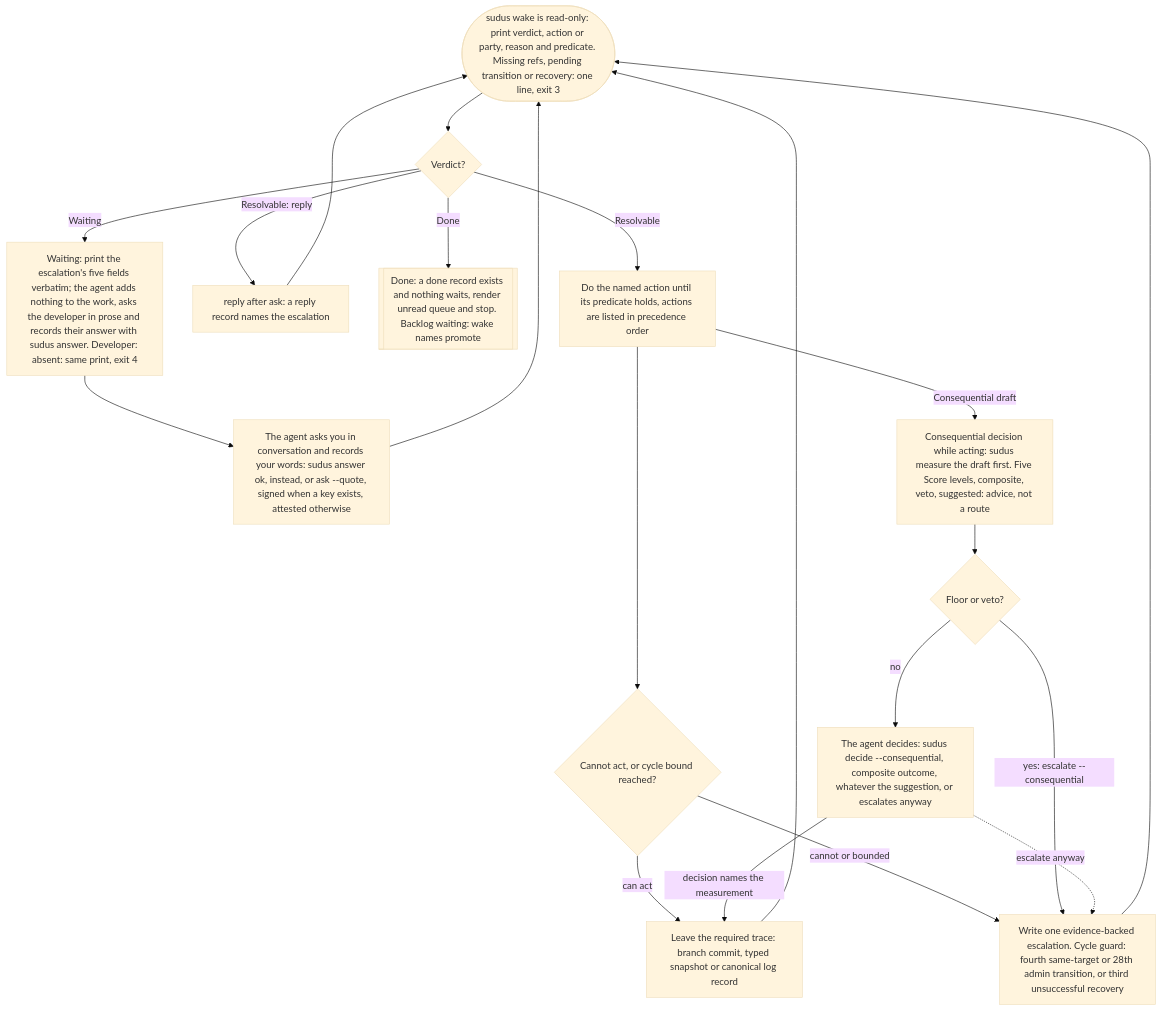
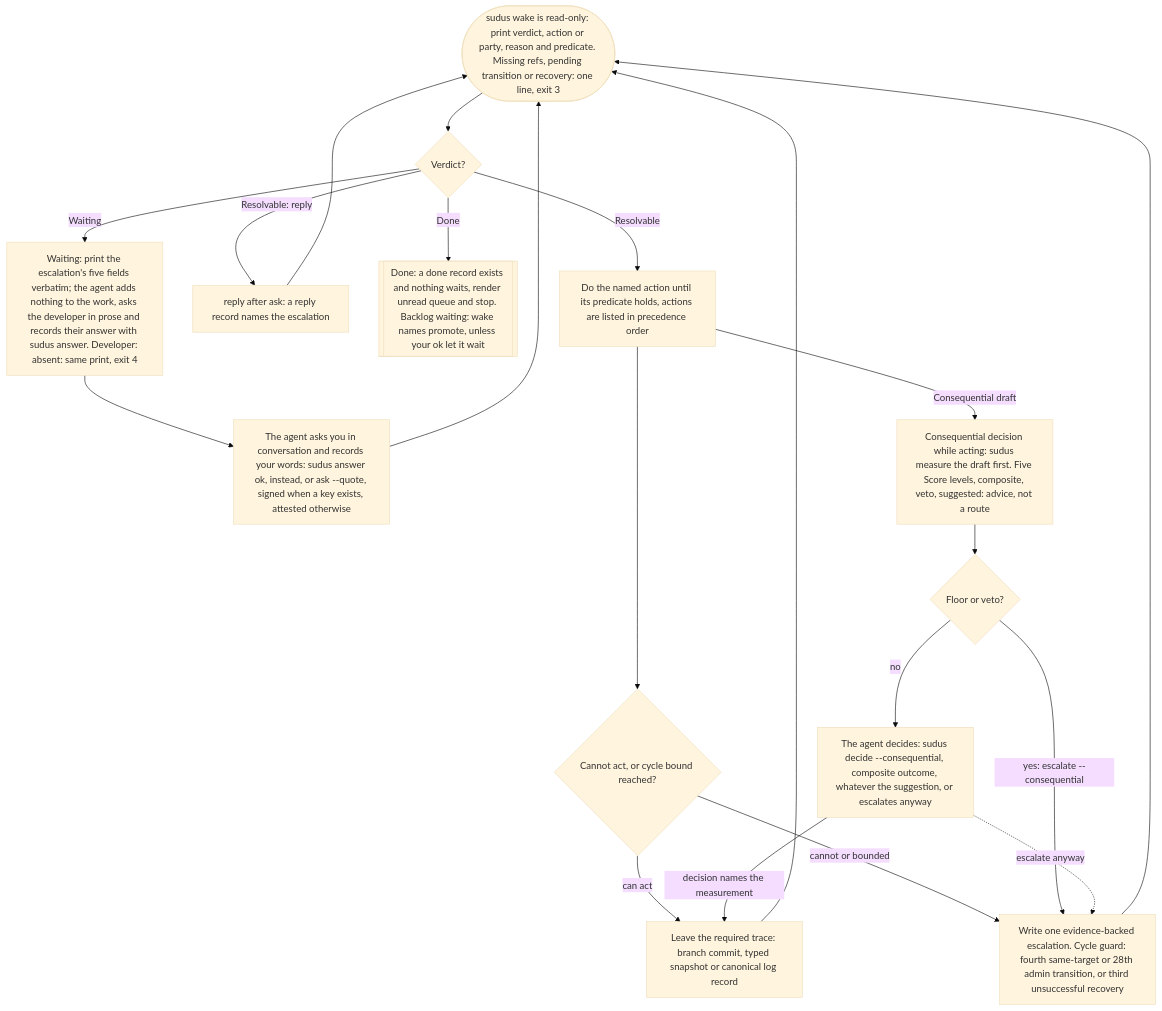
One commit to eas4ai/cairn changed the diagram in README.md. Above: the diagram before and after it, drawn with Mermaid (base theme). The commit also changed other lines of this file and 3 other files, not shown here.

First line of the commit message:
Revision 15 text: the wait exception everywhere Done and promote are described

````diff
--- a/README.md
+++ b/README.md
@@ -222,36 +223,36 @@
 ```mermaid
 flowchart TB
   wake(["sudus wake is read-only: print verdict, action or party, reason and predicate. Missing refs, pending transition or recovery: one line, exit 3"])
   verdict{"Verdict?"}
   waiting["Waiting: print the escalation's five fields verbatim; the agent adds nothing to the work, asks the developer in prose and records their answer with sudus answer. Developer: absent: same print, exit 4"]
   answer["The agent asks you in conversation and records your words: sudus answer ok, instead, or ask --quote, signed when a key exists, attested otherwise"]
   reply["reply after ask: a reply record names the escalation"]
-  stop[["Done: a done record exists and nothing waits, render unread queue and stop. Backlog waiting: wake names promote"]]
+  stop[["Done: a done record exists and nothing waits, render unread queue and stop. Backlog waiting: wake names promote, unless your ok let it wait"]]
   act["Do the named action until its predicate holds, actions are listed in precedence order"]
   cannot{"Cannot act, or cycle bound reached?"}
   escalate["Write one evidence-backed escalation. Cycle guard: fourth same-target or 28th admin transition, or third unsuccessful recovery"]
   measure["Consequential decision while acting: sudus measure the draft first. Five Score levels, composite, veto, suggested: advice, not a route"]
   gate{"Floor or veto?"}
   decide["The agent decides: sudus decide --consequential, composite outcome, whatever the suggestion, or escalates anyway"]
   trace["Leave the required trace: branch commit, typed snapshot or canonical log record"]
 
   wake --> verdict
   verdict -->|"Waiting"| waiting
   waiting --> answer
   answer --> wake
   verdict -->|"Resolvable: reply"| reply
   reply --> wake
   verdict -->|"Done"| stop
   verdict -->|"Resolvable"| act
   act --> cannot
   cannot -->|"can act"| trace
   cannot -->|"cannot or bounded"| escalate
   trace --> wake
   escalate --> wake
   act -->|"Consequential draft"| measure
   measure --> gate
   gate -->|"yes: escalate --consequential"| escalate
   gate -->|"no"| decide
   decide -->|"decision names the measurement"| trace
   decide -.->|"escalate anyway"| escalate
 ```
````
